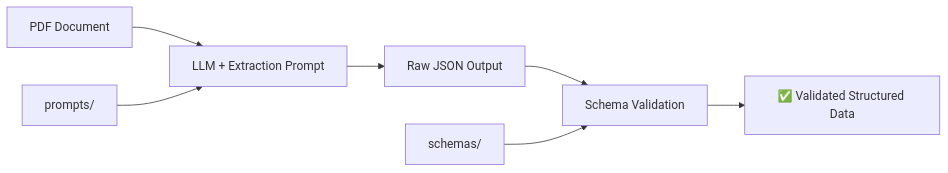
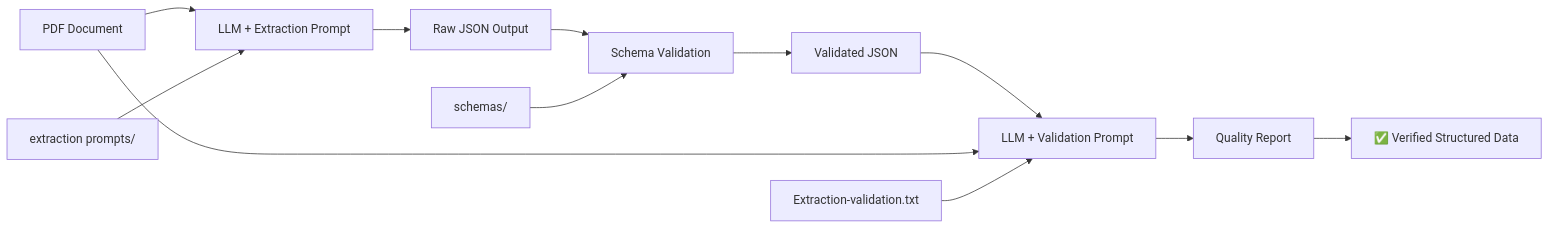
One commit to RobTolboom/PDFtoPodcast changed the diagram in prompts/README.md. Above: the diagram before and after it, drawn with Mermaid. The commit also changed other lines of this file, not shown here.

First line of the commit message:
Enhance prompts README with comprehensive quality assurance integration

````diff
--- a/prompts/README.md
+++ b/prompts/README.md
@@ -20,10 +23,15 @@
 ```mermaid
 graph LR
     A[PDF Document] --> B[LLM + Extraction Prompt]
     B --> C[Raw JSON Output]
     C --> D[Schema Validation]
-    D --> E[✅ Validated Structured Data]
+    D --> E[Validated JSON]
+    E --> F[LLM + Validation Prompt]
+    A --> F
+    F --> G[Quality Report]
+    G --> H[✅ Verified Structured Data]
 
-    F[prompts/] --> B
-    G[schemas/] --> D
+    I[extraction prompts/] --> B
+    J[schemas/] --> D
+    K[Extraction-validation.txt] --> F
 ```
````
